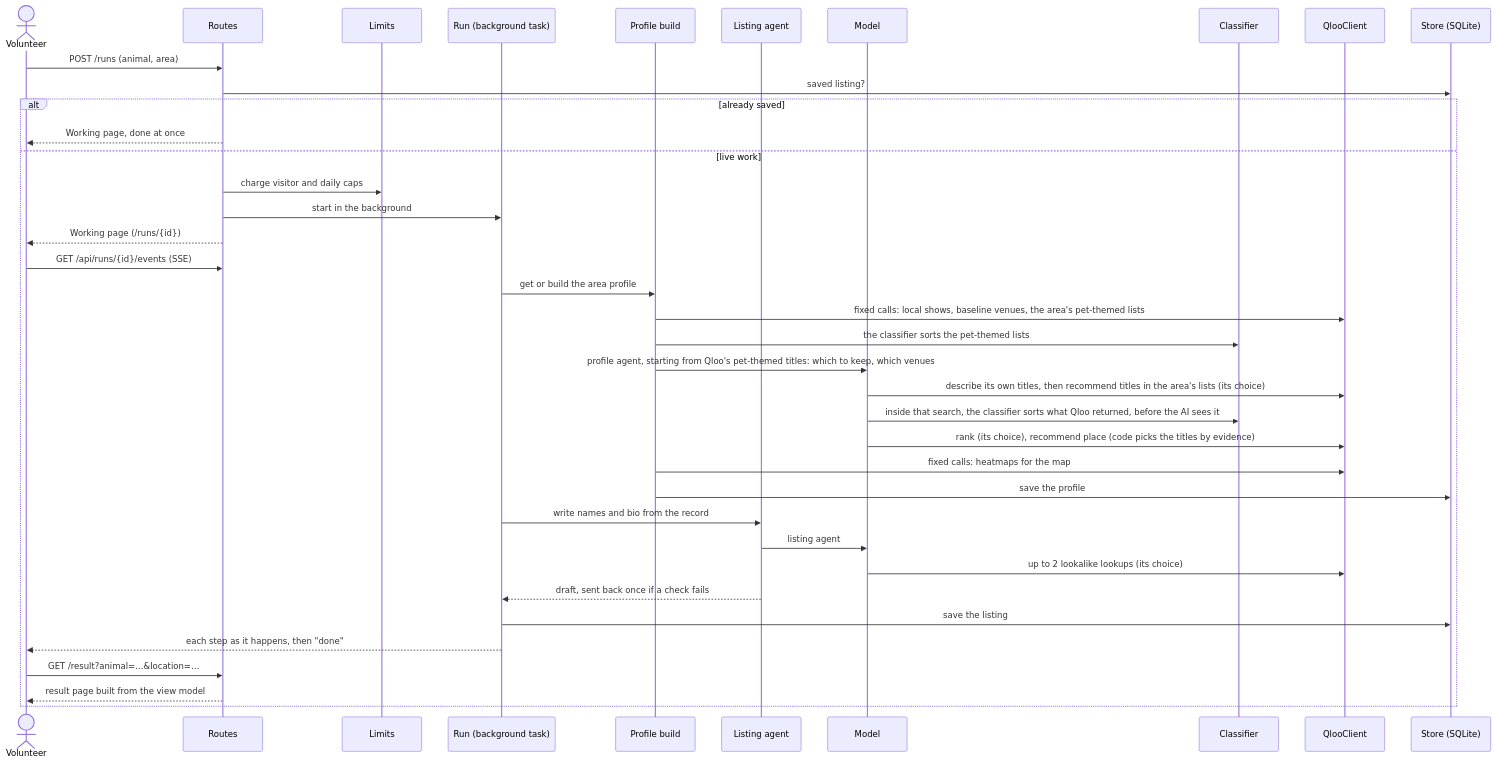
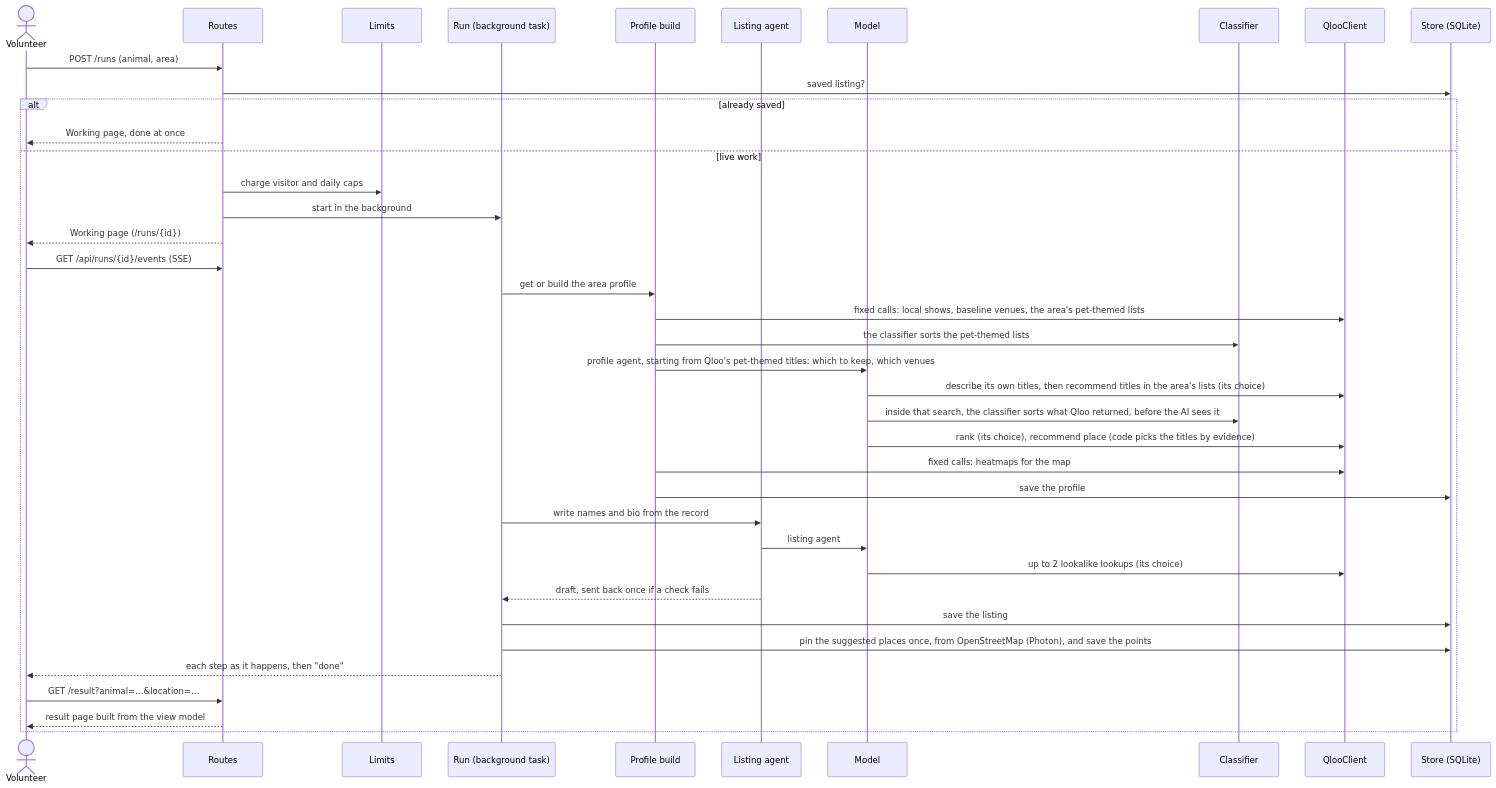
The second of 5 diagrams in docs/architecture.md (bsabau/namesake), drawn with Mermaid before and after one commit. The commit also changed 16 other files, not shown here.

````diff
--- a/docs/architecture.md
+++ b/docs/architecture.md
@@ -73,41 +73,42 @@
 ```mermaid
 sequenceDiagram
     actor V as Volunteer
     participant R as Routes
     participant L as Limits
     participant T as Run (background task)
     participant P as Profile build
     participant A as Listing agent
     participant M as Model
     participant J as Classifier
     participant Q as QlooClient
     participant S as Store (SQLite)
 
     V->>R: POST /runs (animal, area)
     R->>S: saved listing?
     alt already saved
         R-->>V: Working page, done at once
     else live work
         R->>L: charge visitor and daily caps
         R->>T: start in the background
         R-->>V: Working page (/runs/{id})
         V->>R: GET /api/runs/{id}/events (SSE)
         T->>P: get or build the area profile
         P->>Q: fixed calls: local shows, baseline venues, the area's pet-themed lists
         P->>J: the classifier sorts the pet-themed lists
         P->>M: profile agent, starting from Qloo's pet-themed titles: which to keep, which venues
         M->>Q: describe its own titles, then recommend titles in the area's lists (its choice)
         M->>J: inside that search, the classifier sorts what Qloo returned, before the AI sees it
         M->>Q: rank (its choice), recommend place (code picks the titles by evidence)
         P->>Q: fixed calls: heatmaps for the map
         P->>S: save the profile
         T->>A: write names and bio from the record
         A->>M: listing agent
         M->>Q: up to 2 lookalike lookups (its choice)
         A-->>T: draft, sent back once if a check fails
         T->>S: save the listing
+        T->>S: pin the suggested places once, from OpenStreetMap (Photon), and save the points
         T-->>V: each step as it happens, then "done"
         V->>R: GET /result?animal=…&location=…
         R-->>V: result page built from the view model
     end
 ```
````
